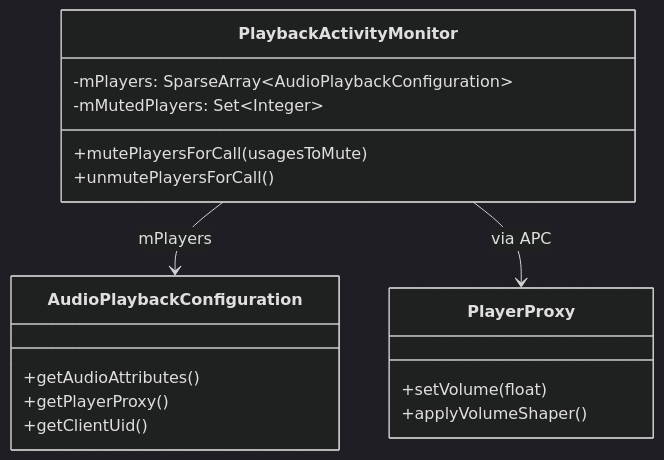
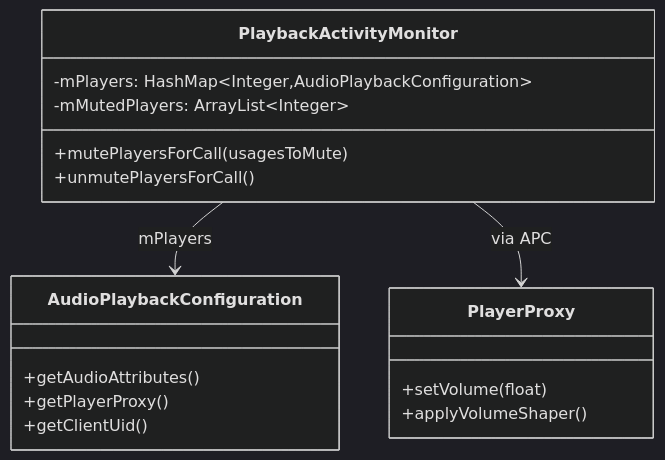
The second of 3 diagrams in 12_Audio_Focus_Deep_Dive/12_12.9_通话Muting机制.md (yanglinzhen1022/SA8295_AAOS_QNX_Audio_KnowledgeBase), drawn with Mermaid (dark theme) before and after one commit. The commit also changed other lines of this file and 14 other files, not shown here.

````diff
--- a/12_Audio_Focus_Deep_Dive/12_12.9_通话Muting机制.md
+++ b/12_Audio_Focus_Deep_Dive/12_12.9_通话Muting机制.md
@@ -173,20 +194,20 @@
 ```mermaid
 classDiagram
     class PlaybackActivityMonitor {
-        -mPlayers: SparseArray~AudioPlaybackConfiguration~
-        -mMutedPlayers: Set~Integer~
+        -mPlayers: HashMap~Integer,AudioPlaybackConfiguration~
+        -mMutedPlayers: ArrayList~Integer~
         +mutePlayersForCall(usagesToMute)
         +unmutePlayersForCall()
     }
     class AudioPlaybackConfiguration {
         +getAudioAttributes()
         +getPlayerProxy()
         +getClientUid()
     }
     class PlayerProxy {
         +setVolume(float)
         +applyVolumeShaper()
     }
     PlaybackActivityMonitor --> AudioPlaybackConfiguration : mPlayers
     PlaybackActivityMonitor --> PlayerProxy : via APC
 ```
````
